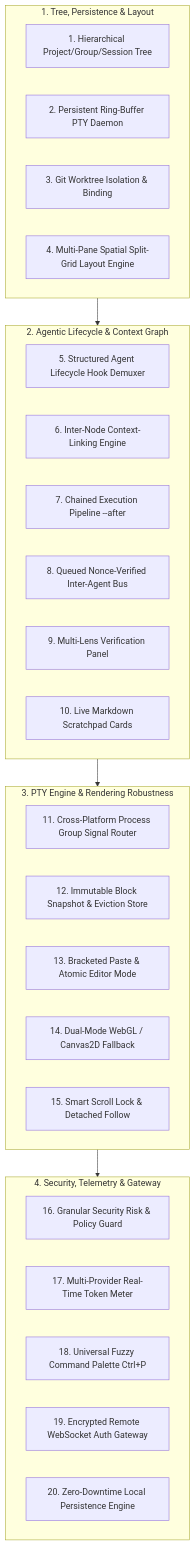
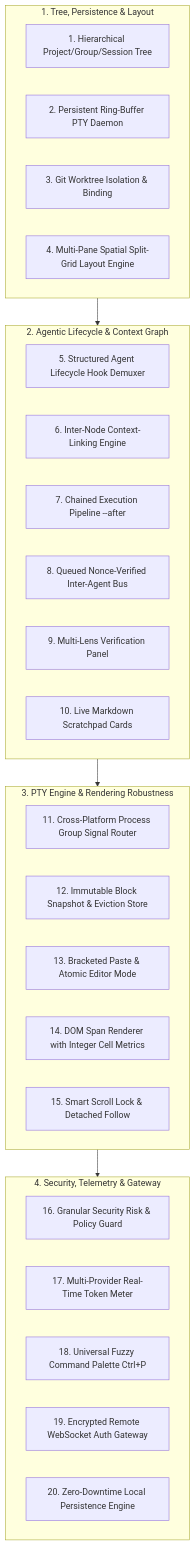
The first of 2 diagrams in README.md (CMLeadmon/Doom-Term), drawn with Mermaid before and after one commit. The commit also changed other lines of this file, not shown here.

First line of the commit message:
docs: describe the renderer that exists, not a WebGL path that does not

````diff
--- a/README.md
+++ b/README.md
@@ -77,38 +77,38 @@
 ```mermaid
 graph TD
     subgraph Core_Tree_Persistence [1. Tree, Persistence & Layout]
         A1[1. Hierarchical Project/Group/Session Tree]
         A2[2. Persistent Ring-Buffer PTY Daemon]
         A3[3. Git Worktree Isolation & Binding]
         A4[4. Multi-Pane Spatial Split-Grid Layout Engine]
     end
 
     subgraph Agentic_Lifecycle_Graph [2. Agentic Lifecycle & Context Graph]
         B5[5. Structured Agent Lifecycle Hook Demuxer]
         B6[6. Inter-Node Context-Linking Engine]
         B7[7. Chained Execution Pipeline --after]
         B8[8. Queued Nonce-Verified Inter-Agent Bus]
         B9[9. Multi-Lens Verification Panel]
         B10[10. Live Markdown Scratchpad Cards]
     end
 
     subgraph Terminal_PTY_Core [3. PTY Engine & Rendering Robustness]
         C11[11. Cross-Platform Process Group Signal Router]
         C12[12. Immutable Block Snapshot & Eviction Store]
         C13[13. Bracketed Paste & Atomic Editor Mode]
-        C14[14. Dual-Mode WebGL / Canvas2D Fallback]
+        C14[14. DOM Span Renderer with Integer Cell Metrics]
         C15[15. Smart Scroll Lock & Detached Follow]
     end
 
     subgraph Security_Ergonomics_Remote [4. Security, Telemetry & Gateway]
         D16[16. Granular Security Risk & Policy Guard]
         D17[17. Multi-Provider Real-Time Token Meter]
         D18[18. Universal Fuzzy Command Palette Ctrl+P]
         D19[19. Encrypted Remote WebSocket Auth Gateway]
         D20[20. Zero-Downtime Local Persistence Engine]
     end
 
     Core_Tree_Persistence --> Agentic_Lifecycle_Graph
     Agentic_Lifecycle_Graph --> Terminal_PTY_Core
     Terminal_PTY_Core --> Security_Ergonomics_Remote
 ```
````
